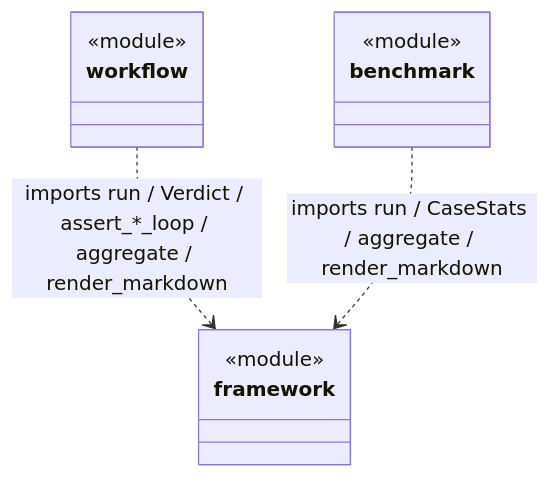
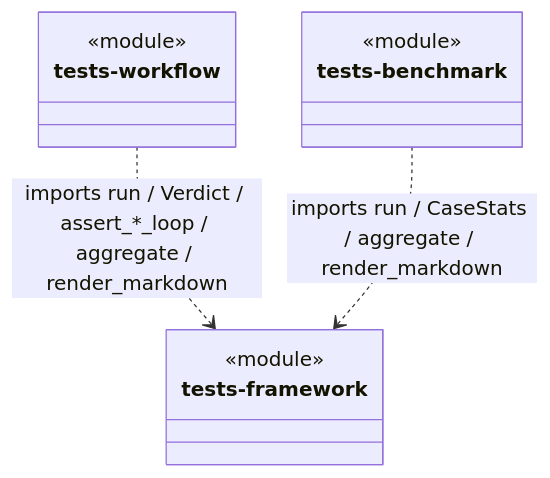
The diagram in v1/tests/.dna/module.md (nan023062/cbim), drawn with Mermaid before and after one commit. The commit also changed other lines of this file and 65 other files, not shown here.

First line of the commit message:
feat(dna): module.md v2 — schema/迁移工具/检索加权排序

````diff
--- a/v1/tests/.dna/module.md
+++ b/v1/tests/.dna/module.md
@@ -50,9 +57,9 @@
 ```mermaid
 classDiagram
-    class framework { <<module>> }
-    class workflow { <<module>> }
-    class benchmark { <<module>> }
+    class tests-framework { <<module>> }
+    class tests-workflow { <<module>> }
+    class tests-benchmark { <<module>> }
 
-    workflow ..> framework : imports run / Verdict / assert_*_loop / aggregate / render_markdown
-    benchmark ..> framework : imports run / CaseStats / aggregate / render_markdown
+    tests-workflow ..> tests-framework : imports run / Verdict / assert_*_loop / aggregate / render_markdown
+    tests-benchmark ..> tests-framework : imports run / CaseStats / aggregate / render_markdown
 ```
````
